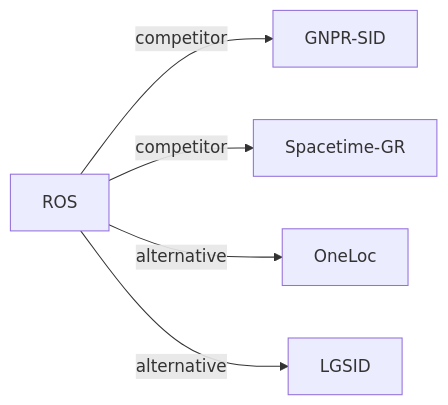
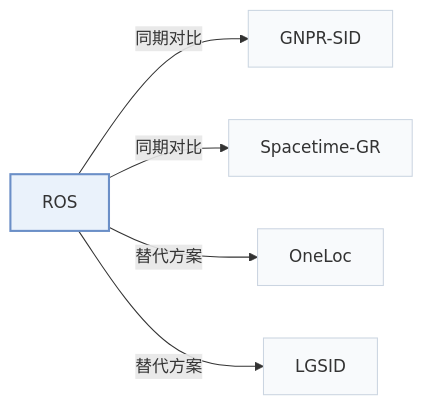
Before and after one commit to Galaxy-ghost/Awesome-SID-Generative-Rec: the fourth of 4 diagrams in pages/zh/papers/ros.md, drawn with Mermaid. The commit also changed other lines of this file and 649 other files, not shown here.

Commit message:
writer-05: also tags and modality index (schema, check, build, visuals); summary field removed; calibration data for 12 papers

````diff
--- a/pages/zh/papers/ros.md
+++ b/pages/zh/papers/ros.md
@@ -133,8 +150,12 @@
 ```mermaid
 flowchart LR
     P["ROS"]
-    P -->|competitor| A["GNPR-SID"]
-    P -->|competitor| B["Spacetime-GR"]
-    P -->|alternative| C["OneLoc"]
-    P -->|alternative| D["LGSID"]
+    P -->|"同期对比"| A["GNPR-SID"]
+    P -->|"同期对比"| B["Spacetime-GR"]
+    P -->|"替代方案"| C["OneLoc"]
+    P -->|"替代方案"| D["LGSID"]
+    classDef main fill:#eaf2fb,stroke:#6b8fc7,stroke-width:2px
+    classDef peer fill:#f8fafc,stroke:#cbd5e1
+    class P main
+    class A,B,C,D peer
 ```
````
